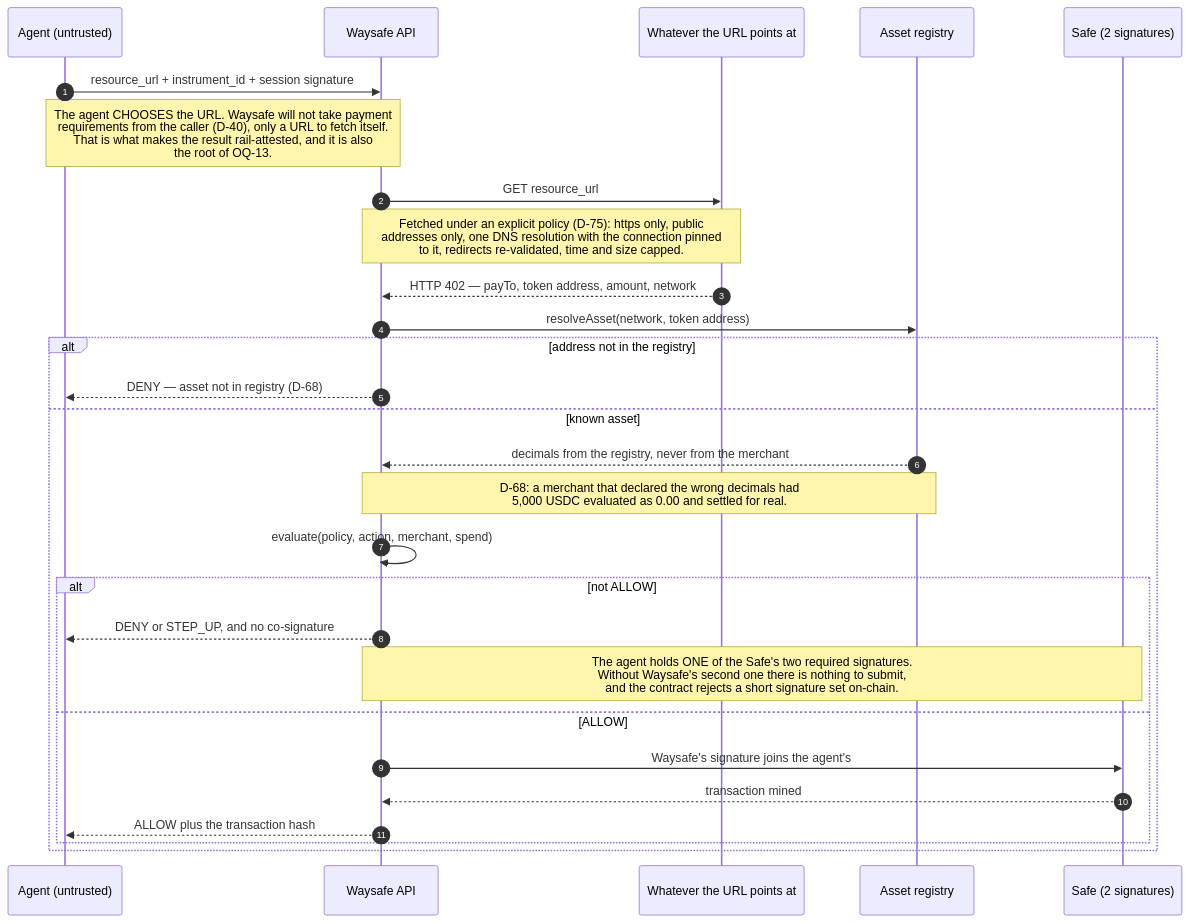
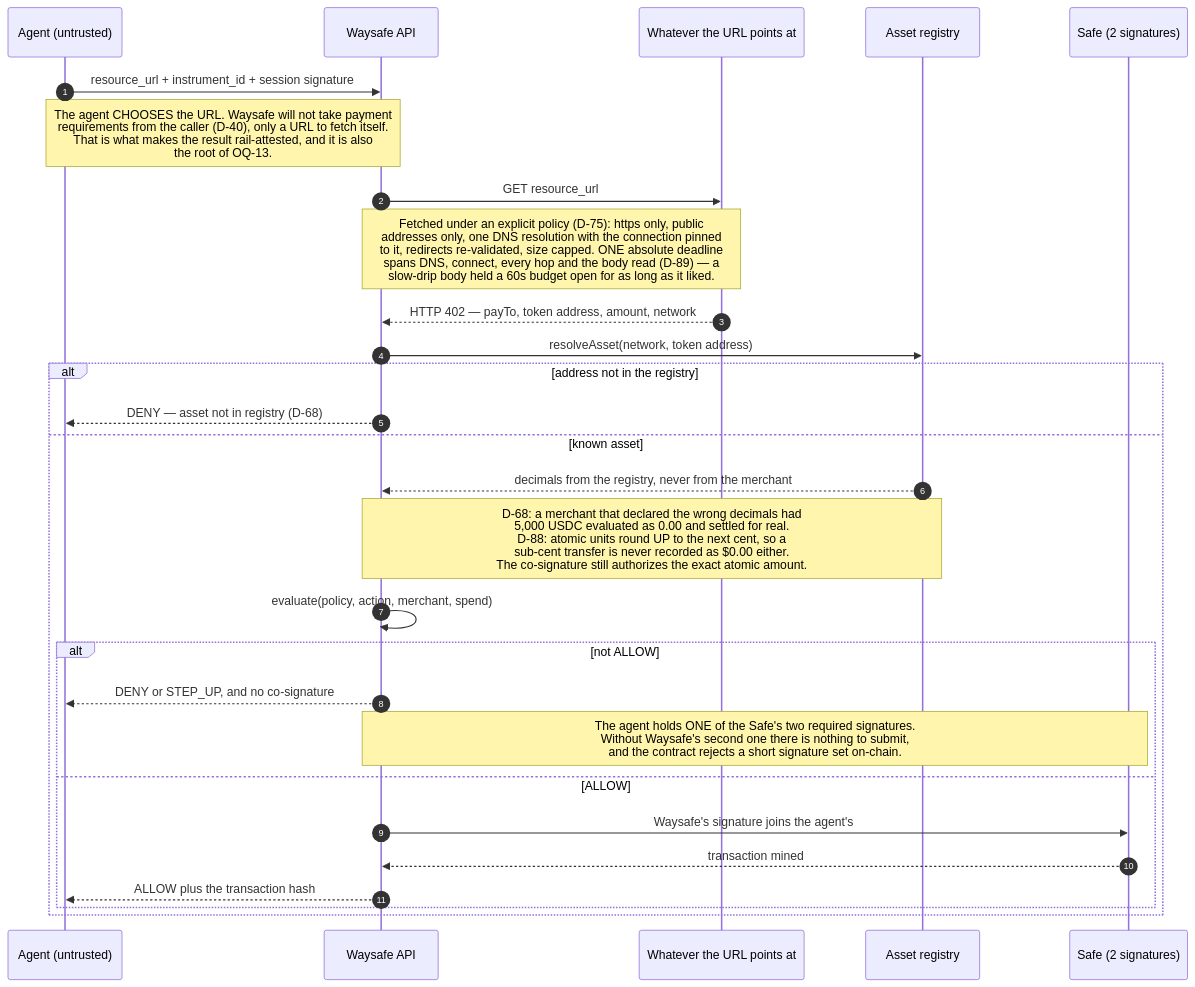
The third of 5 diagrams in docs/THREAT-MODEL.md (getwaysafe/waysafe), drawn with Mermaid before and after one commit. The commit also changed other lines of this file and 32 other files, not shown here.

````diff
--- a/docs/THREAT-MODEL.md
+++ b/docs/THREAT-MODEL.md
@@ -89,32 +98,32 @@
 ```mermaid
 sequenceDiagram
     autonumber
     participant A as Agent (untrusted)
     participant W as Waysafe API
     participant R as Whatever the URL points at
     participant REG as Asset registry
     participant SF as Safe (2 signatures)
 
     A->>W: resource_url + instrument_id + session signature
     Note over A,W: The agent CHOOSES the URL. Waysafe will not take payment<br/>requirements from the caller (D-40), only a URL to fetch itself.<br/>That is what makes the result rail-attested, and it is also<br/>the root of OQ-13.
     W->>R: GET resource_url
-    Note over W,R: Fetched under an explicit policy (D-75): https only, public<br/>addresses only, one DNS resolution with the connection pinned<br/>to it, redirects re-validated, time and size capped.
+    Note over W,R: Fetched under an explicit policy (D-75): https only, public<br/>addresses only, one DNS resolution with the connection pinned<br/>to it, redirects re-validated, size capped. ONE absolute deadline<br/>spans DNS, connect, every hop and the body read (D-89) — a<br/>slow-drip body held a 60s budget open for as long as it liked.
     R-->>W: HTTP 402 — payTo, token address, amount, network
 
     W->>REG: resolveAsset(network, token address)
     alt address not in the registry
         W-->>A: DENY — asset not in registry (D-68)
     else known asset
         REG-->>W: decimals from the registry, never from the merchant
-        Note over W,REG: D-68: a merchant that declared the wrong decimals had<br/>5,000 USDC evaluated as 0.00 and settled for real.
+        Note over W,REG: D-68: a merchant that declared the wrong decimals had<br/>5,000 USDC evaluated as 0.00 and settled for real.<br/>D-88: atomic units round UP to the next cent, so a<br/>sub-cent transfer is never recorded as $0.00 either.<br/>The co-signature still authorizes the exact atomic amount.
         W->>W: evaluate(policy, action, merchant, spend)
         alt not ALLOW
             W-->>A: DENY or STEP_UP, and no co-signature
             Note over W,SF: The agent holds ONE of the Safe's two required signatures.<br/>Without Waysafe's second one there is nothing to submit,<br/>and the contract rejects a short signature set on-chain.
         else ALLOW
             W->>SF: Waysafe's signature joins the agent's
             SF-->>W: transaction mined
             W-->>A: ALLOW plus the transaction hash
         end
     end
 ```
````
